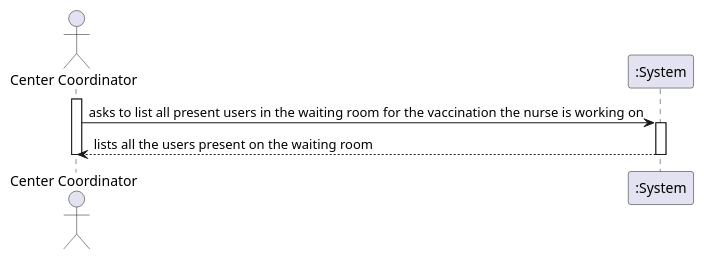
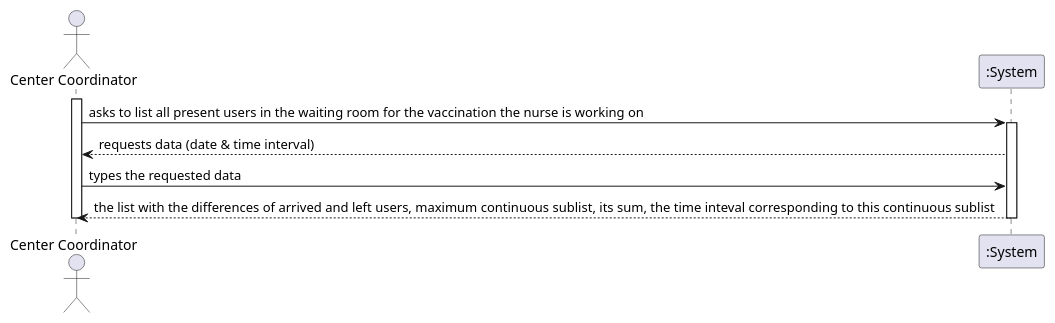
One commit to miseEnPlace-i/lapr2 changed the diagram in docs/SprintD/US16/SD/US16_SD.puml. Above: the diagram before and after it, drawn with PlantUML. The commit also changed 1 other file, not shown here.

```diff
--- a/docs/SprintD/US16/SD/US16_SD.puml
+++ b/docs/SprintD/US16/SD/US16_SD.puml
@@ -1,13 +1,15 @@
 @startuml
 
 actor "Center Coordinator" AS COORD
-
+participant ":System" as SYS
 activate COORD
-COORD -> ":System" : asks to list all present users in the waiting room for the vaccination the nurse is working on
-activate ":System"
-":System" --> COORD : lists all the users present on the waiting room
-deactivate ":System"
+COORD -> SYS : asks to list all present users in the waiting room for the vaccination the nurse is working on
+activate SYS
+SYS --> COORD : requests data (date & time interval)
+COORD -> SYS : types the requested data
+SYS --> COORD : the list with the differences of arrived and left users, maximum continuous sublist, its sum, the time inteval corresponding to this continuous sublist 
+deactivate SYS
 
 deactivate COORD
 
 @enduml
```
